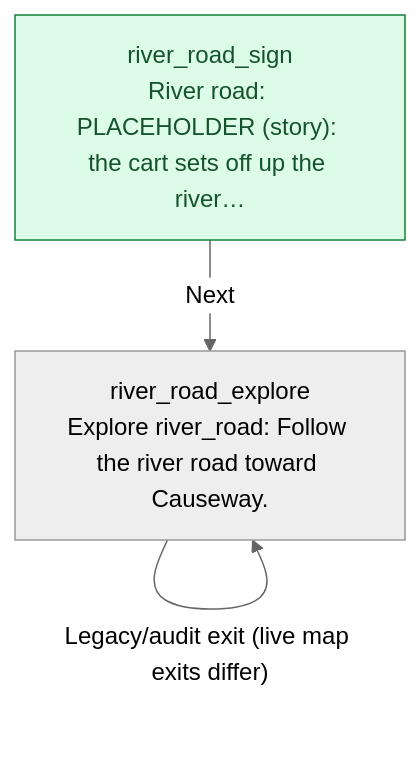
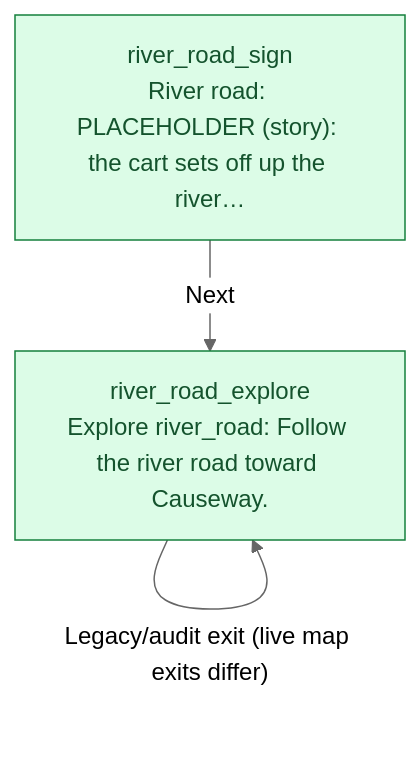
Before and after one commit to jaredbahr/Avatarrpg: the diagram in docs/story/river-road.md, drawn with Mermaid (neutral theme). The commit also changed other lines of this file and 15 other files, not shown here.

````diff
--- a/docs/story/river-road.md
+++ b/docs/story/river-road.md
@@ -21,10 +21,10 @@
 ```mermaid
 flowchart TD
-  n313["river_road_explore<br/>Explore river_road: Follow the river road toward Causeway."]
+  n313["river_road_explore<br/>Explore river_road: Follow the river road toward Causeway."]:::entry
   n314["river_road_sign<br/>River road: PLACEHOLDER (story): the cart sets off up the river…"]:::entry
   n313 -->|"Legacy/audit exit (live map exits differ)"| n313
   n314 -->|"Next"| n313
   classDef entry fill:#dcfce7,stroke:#15803d,color:#14532d
   classDef external fill:#f3e8ff,stroke:#7e22ce,color:#581c87
   classDef continuation fill:#f8fafc,stroke:#475569,color:#0f172a,stroke-dasharray:5 5
 ```
````
